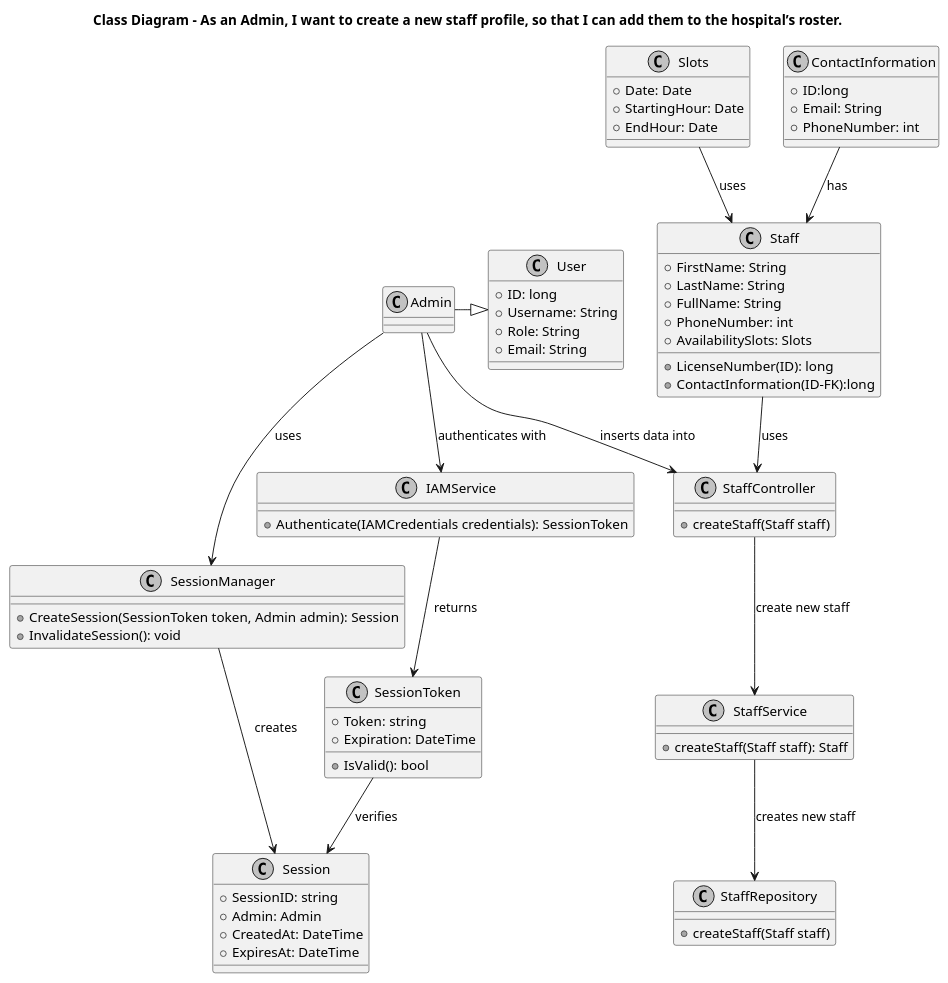
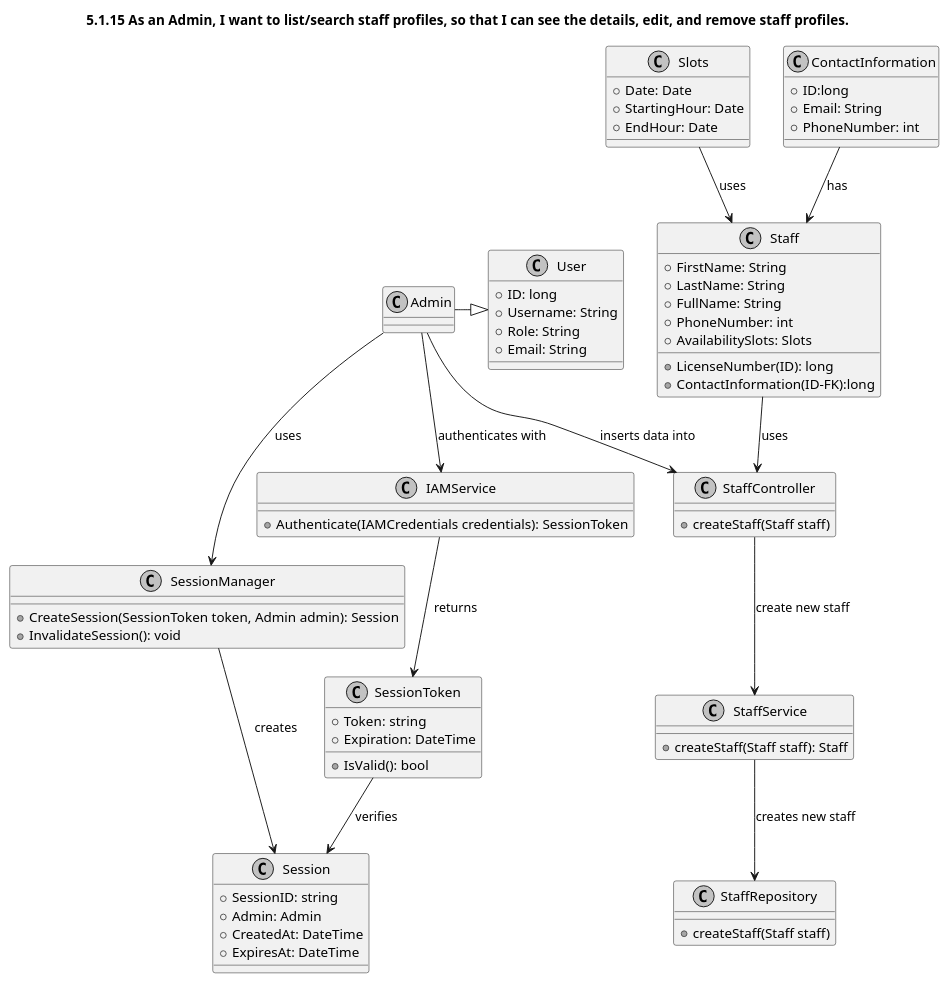
Before and after one commit to Educ00/Sem5Pi2425: the diagram in Docs/1211846/US5_1_15/us5_1_15_class-diagram.puml, drawn with PlantUML. The commit also changed 12 other files, not shown here.

```diff
--- a/Docs/1211846/US5_1_15/us5_1_15_class-diagram.puml
+++ b/Docs/1211846/US5_1_15/us5_1_15_class-diagram.puml
@@ -1,85 +1,85 @@
 @startuml
 'https://plantuml.com/class-diagram
 
 skinparam monochrome true
 skinparam shadowing false
 
-title Class Diagram - As an Admin, I want to create a new staff profile, so that I can add them to the hospital’s roster.
+title 5.1.15 As an Admin, I want to list/search staff profiles, so that I can see the details, edit, and remove staff profiles.
 
 class Admin{
 
 }
 
 class User{
     +ID: long
     +Username: String
     +Role: String
     +Email: String
 }
 class Slots{
     +Date: Date
     +StartingHour: Date
     +EndHour: Date
 }
 
 class Staff{
     +FirstName: String
     +LastName: String
     +FullName: String
     +LicenseNumber(ID): long
     +ContactInformation(ID-FK):long
     +PhoneNumber: int
     +AvailabilitySlots: Slots
 
 }
 
 class ContactInformation{
     +ID:long
     +Email: String
     +PhoneNumber: int
 }
 class SessionManager {
     +CreateSession(SessionToken token, Admin admin): Session
     +InvalidateSession(): void
 }
 
 class Session {
     +SessionID: string
     +Admin: Admin
     +CreatedAt: DateTime
     +ExpiresAt: DateTime
 }
 class IAMService {
     +Authenticate(IAMCredentials credentials): SessionToken
 }
 
 
 class SessionToken {
     +Token: string
     +Expiration: DateTime
     +IsValid(): bool
 }
 
 class StaffController{
     +createStaff(Staff staff)
 }
 
 class StaffService {
     +createStaff(Staff staff): Staff
 }
 class StaffRepository {
     +createStaff(Staff staff)
 }
 Slots-->Staff : uses
 ContactInformation-->Staff :has
 Admin-|>User
 Admin --> SessionManager : uses
 IAMService --> SessionToken : returns
 SessionManager --> Session : creates
 Admin --> IAMService : authenticates with
 Admin --> StaffController : inserts data into
 StaffController-->StaffService: create new staff
 Staff-->StaffController:uses
 StaffService-->StaffRepository: creates new staff
 SessionToken --> Session : verifies
 @enduml
```
